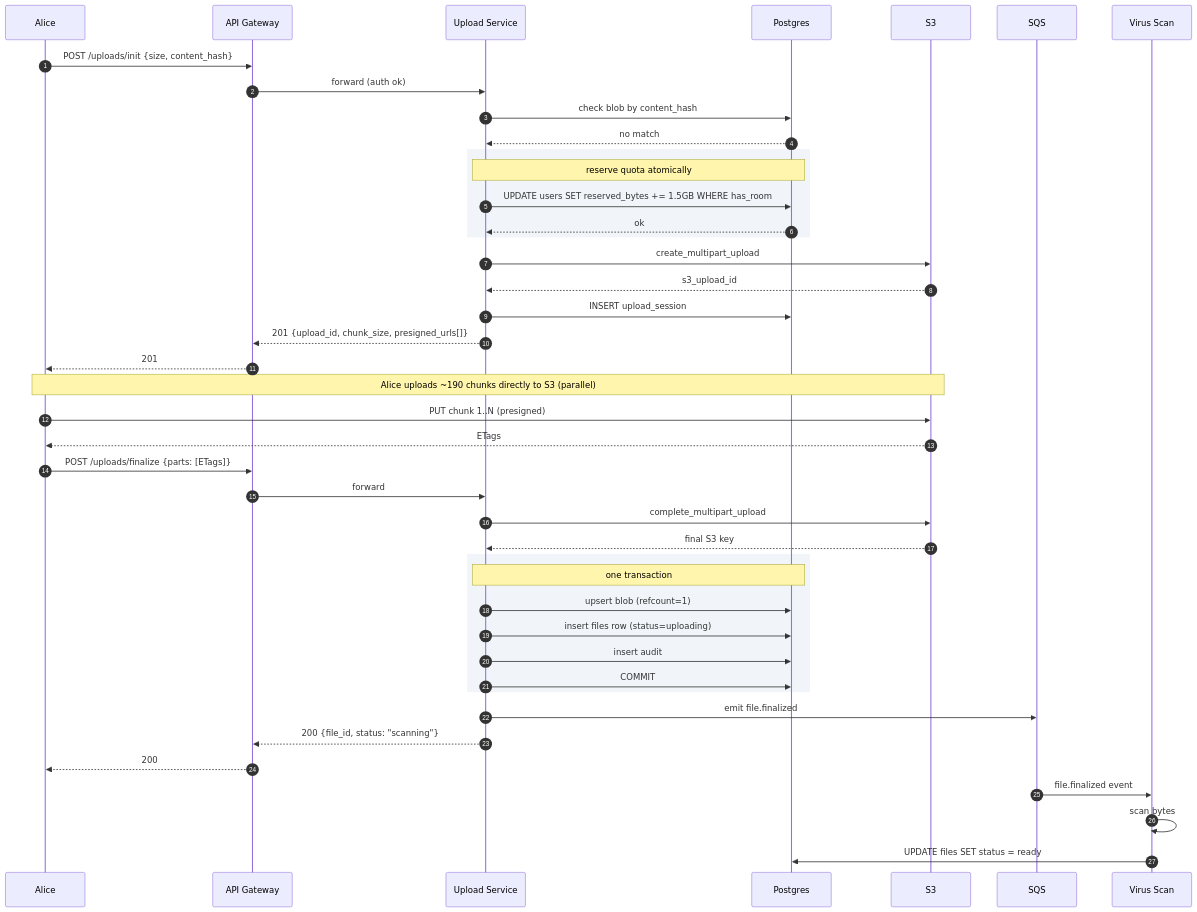
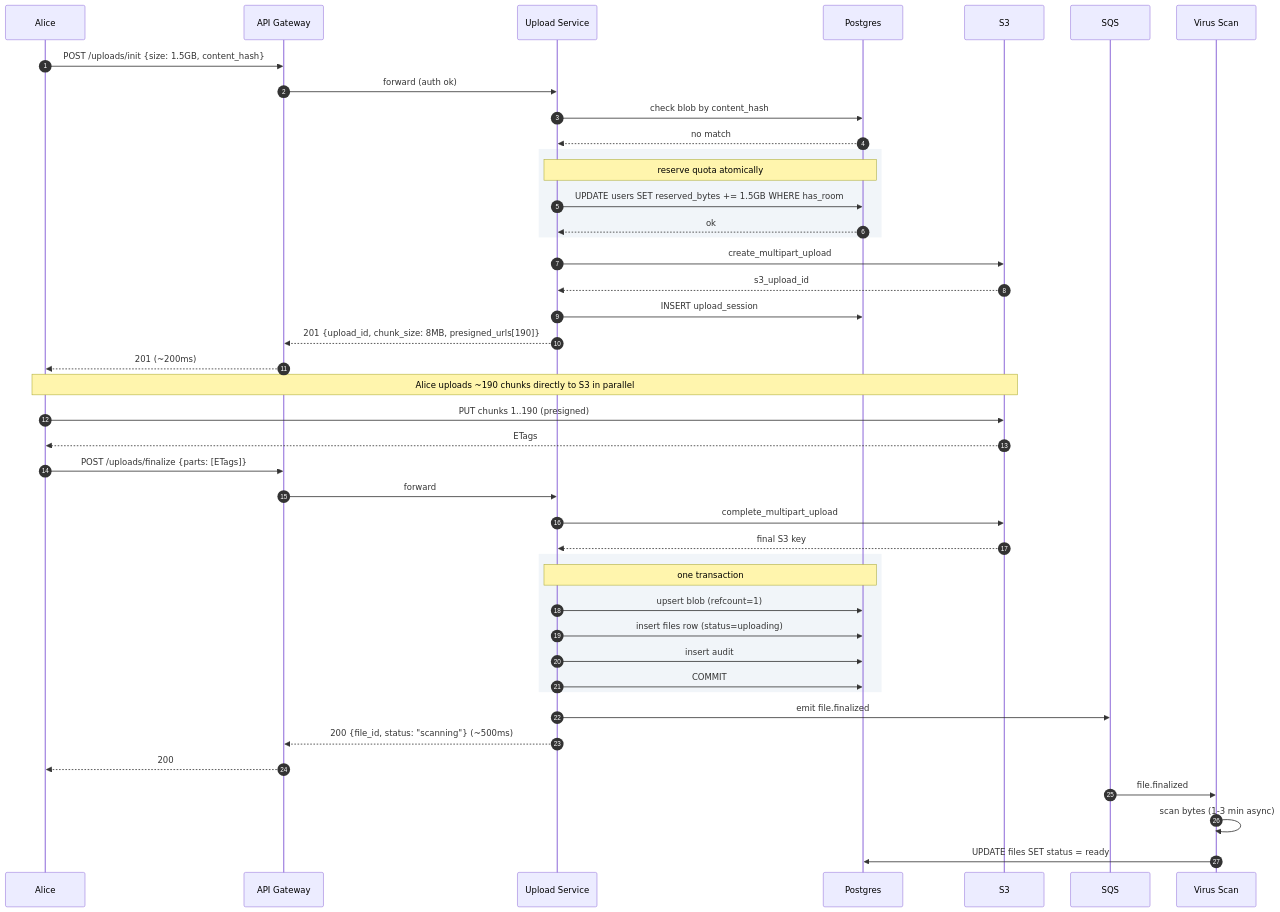
One commit to shiningflash/system-design changed diagram 13 of 14 in problems/020-file-upload-share/question.md. Above: the diagram before and after it, drawn with Mermaid. The commit also changed other lines of this file and 37 other files, not shown here.

````diff
--- a/problems/020-file-upload-share/question.md
+++ b/problems/020-file-upload-share/question.md
@@ -464,53 +550,53 @@
 ```mermaid
 sequenceDiagram
     autonumber
     participant Alice
     participant GW as API Gateway
     participant US as Upload Service
     participant DB as Postgres
     participant S3
     participant Q as SQS
     participant VS as Virus Scan
 
-    Alice->>GW: POST /uploads/init {size, content_hash}
+    Alice->>GW: POST /uploads/init {size: 1.5GB, content_hash}
     GW->>US: forward (auth ok)
     US->>DB: check blob by content_hash
     DB-->>US: no match
 
     rect rgb(241, 245, 249)
         Note over US,DB: reserve quota atomically
         US->>DB: UPDATE users SET reserved_bytes += 1.5GB WHERE has_room
         DB-->>US: ok
     end
 
     US->>S3: create_multipart_upload
     S3-->>US: s3_upload_id
     US->>DB: INSERT upload_session
-    US-->>GW: 201 {upload_id, chunk_size, presigned_urls[]}
-    GW-->>Alice: 201
+    US-->>GW: 201 {upload_id, chunk_size: 8MB, presigned_urls[190]}
+    GW-->>Alice: 201 (~200ms)
 
-    Note over Alice,S3: Alice uploads ~190 chunks directly to S3 (parallel)
-    Alice->>S3: PUT chunk 1..N (presigned)
+    Note over Alice,S3: Alice uploads ~190 chunks directly to S3 in parallel
+    Alice->>S3: PUT chunks 1..190 (presigned)
     S3-->>Alice: ETags
 
     Alice->>GW: POST /uploads/finalize {parts: [ETags]}
     GW->>US: forward
     US->>S3: complete_multipart_upload
     S3-->>US: final S3 key
 
     rect rgb(241, 245, 249)
         Note over US,DB: one transaction
         US->>DB: upsert blob (refcount=1)
         US->>DB: insert files row (status=uploading)
         US->>DB: insert audit
         US->>DB: COMMIT
     end
 
     US->>Q: emit file.finalized
-    US-->>GW: 200 {file_id, status: "scanning"}
+    US-->>GW: 200 {file_id, status: "scanning"} (~500ms)
     GW-->>Alice: 200
 
-    Q->>VS: file.finalized event
-    VS->>VS: scan bytes
+    Q->>VS: file.finalized
+    VS->>VS: scan bytes (1-3 min async)
     VS->>DB: UPDATE files SET status = ready
 ```
````
